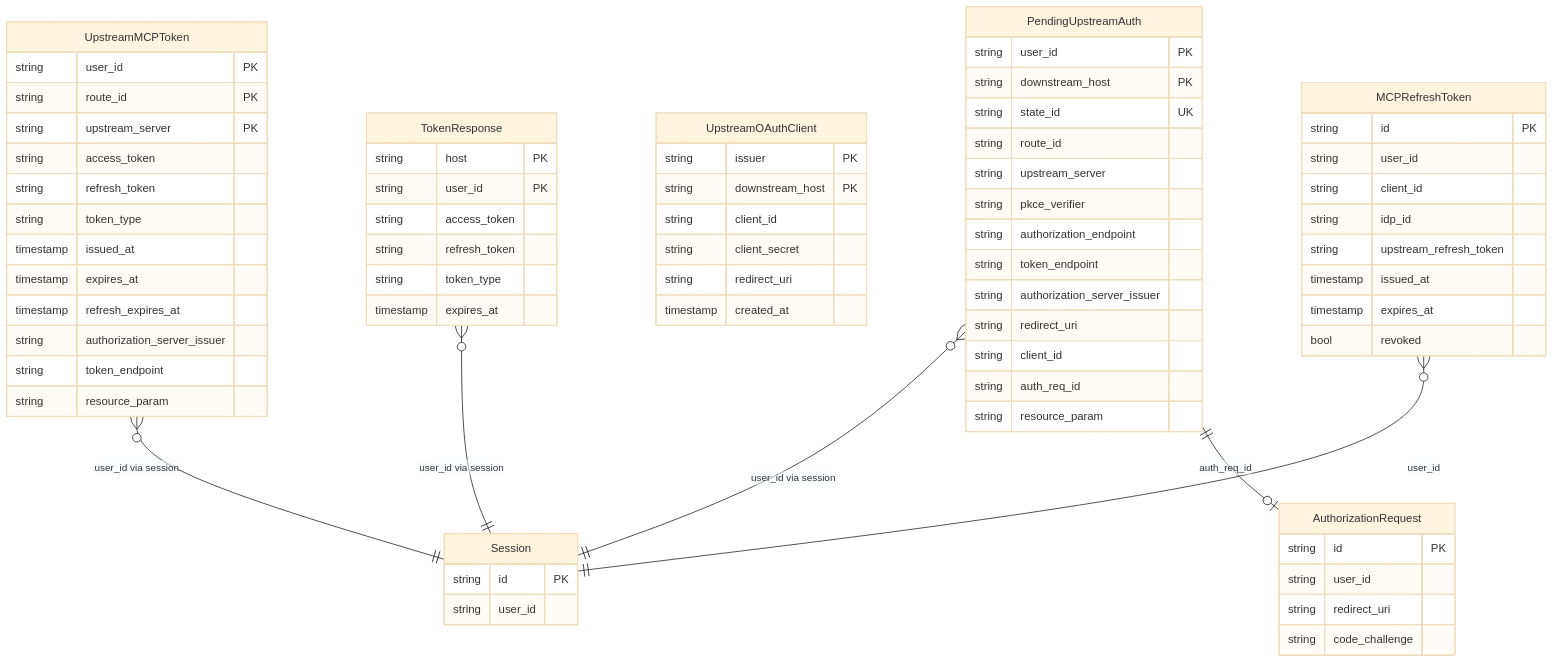
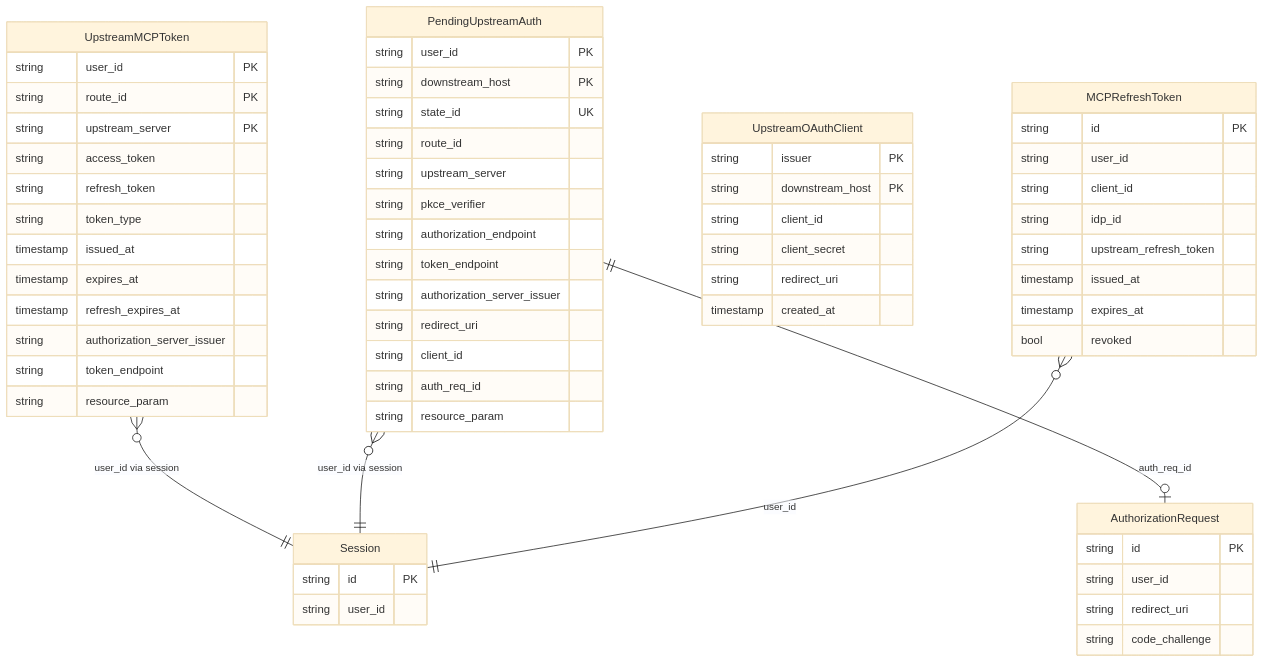
Before and after one commit to pomerium/pomerium: the tenth of 10 diagrams in internal/mcp/DESIGN.md, drawn with Mermaid (base theme). The commit also changed other lines of this file, not shown here.

Commit message:
docs: update DESIGN.md to reflect unified upstream OAuth architecture

````diff
--- a/internal/mcp/DESIGN.md
+++ b/internal/mcp/DESIGN.md
@@ -621,80 +632,70 @@
 ```mermaid
 erDiagram
     UpstreamMCPToken {
         string user_id PK
         string route_id PK
         string upstream_server PK
         string access_token
         string refresh_token
         string token_type
         timestamp issued_at
         timestamp expires_at
         timestamp refresh_expires_at
         string authorization_server_issuer
         string token_endpoint
         string resource_param
     }
 
     PendingUpstreamAuth {
         string user_id PK
         string downstream_host PK
         string state_id UK
         string route_id
         string upstream_server
         string pkce_verifier
         string authorization_endpoint
         string token_endpoint
         string authorization_server_issuer
         string redirect_uri
         string client_id
         string auth_req_id
         string resource_param
     }
 
     UpstreamOAuthClient {
         string issuer PK
         string downstream_host PK
         string client_id
         string client_secret
         string redirect_uri
         timestamp created_at
     }
 
-    TokenResponse {
-        string host PK
-        string user_id PK
-        string access_token
-        string refresh_token
-        string token_type
-        timestamp expires_at
-    }
-
     AuthorizationRequest {
         string id PK
         string user_id
         string redirect_uri
         string code_challenge
     }
 
     MCPRefreshToken {
         string id PK
         string user_id
         string client_id
         string idp_id
         string upstream_refresh_token
         timestamp issued_at
         timestamp expires_at
         bool revoked
     }
 
     Session {
         string id PK
         string user_id
     }
 
     UpstreamMCPToken }o--|| Session : "user_id via session"
     PendingUpstreamAuth }o--|| Session : "user_id via session"
     PendingUpstreamAuth ||--o| AuthorizationRequest : "auth_req_id"
-    TokenResponse }o--|| Session : "user_id via session"
     MCPRefreshToken }o--|| Session : "user_id"
 ```
````
